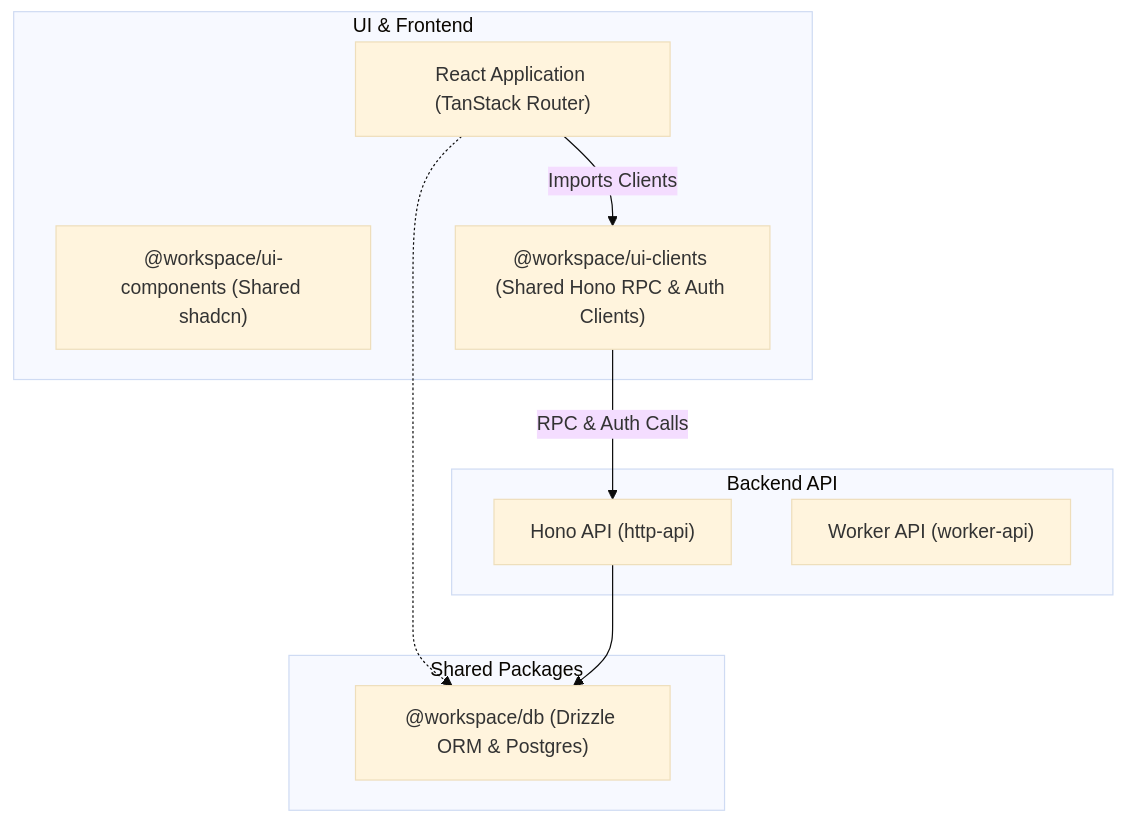
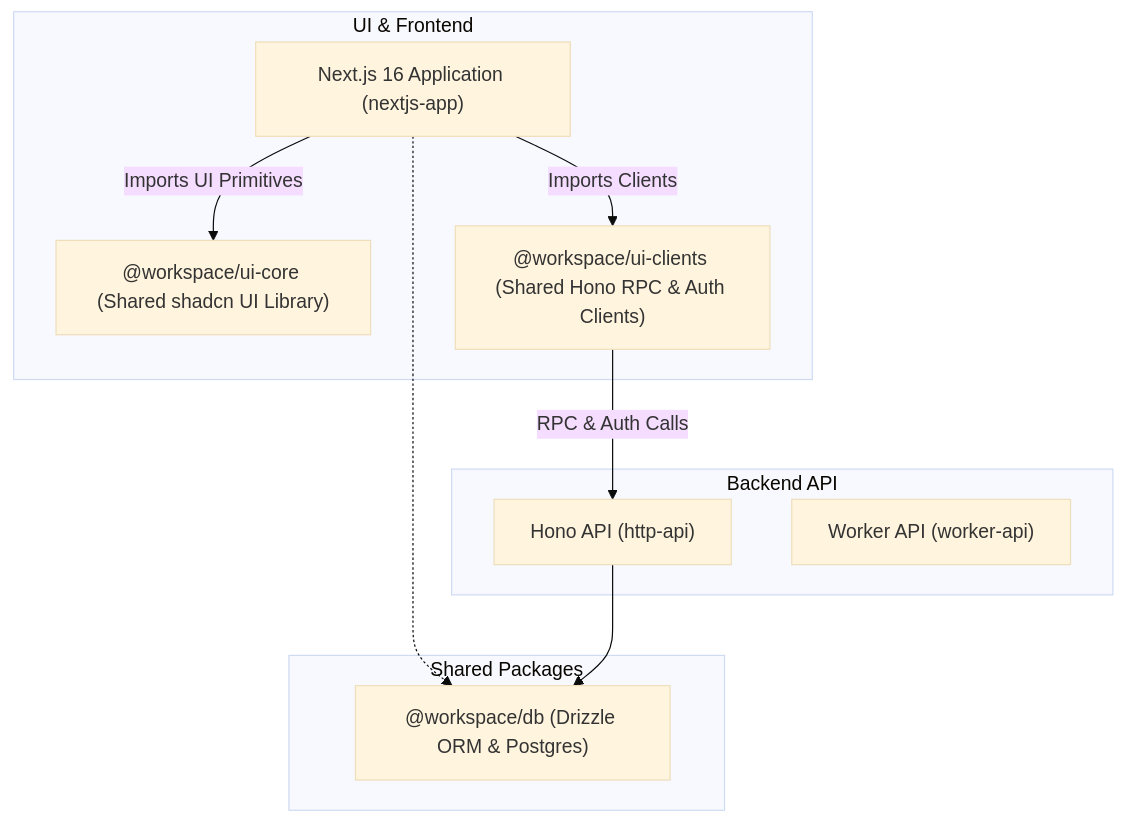
The diagram in README.md (sahilmondal/next-hono-betterauth-monorepo), drawn with Mermaid (base theme) before and after one commit. The commit also changed other lines of this file and 159 other files, not shown here.

Commit message:
feat migrated from react-tanstack to nextjs

````diff
--- a/README.md
+++ b/README.md
@@ -25,22 +25,23 @@
 ```mermaid
 graph TD
   subgraph ui ["UI & Frontend"]
-    react-tanstack-template["React Application (TanStack Router)"]
-    ui-components["@workspace/ui-components (Shared shadcn)"]
+    nextjs-app["Next.js 16 Application (nextjs-app)"]
+    ui-core["@workspace/ui-core (Shared shadcn UI Library)"]
     ui-clients["@workspace/ui-clients (Shared Hono RPC & Auth Clients)"]
   end
 
   subgraph api ["Backend API"]
     http-api["Hono API (http-api)"]
     worker-api["Worker API (worker-api)"]
   end
 
   subgraph packages ["Shared Packages"]
     db["@workspace/db (Drizzle ORM & Postgres)"]
   end
 
-  react-tanstack-template -.-> db
+  nextjs-app -.-> db
   http-api --> db
   ui-clients -->|RPC & Auth Calls| http-api
-  react-tanstack-template -->|Imports Clients| ui-clients
+  nextjs-app -->|Imports Clients| ui-clients
+  nextjs-app -->|Imports UI Primitives| ui-core
 ```
````
